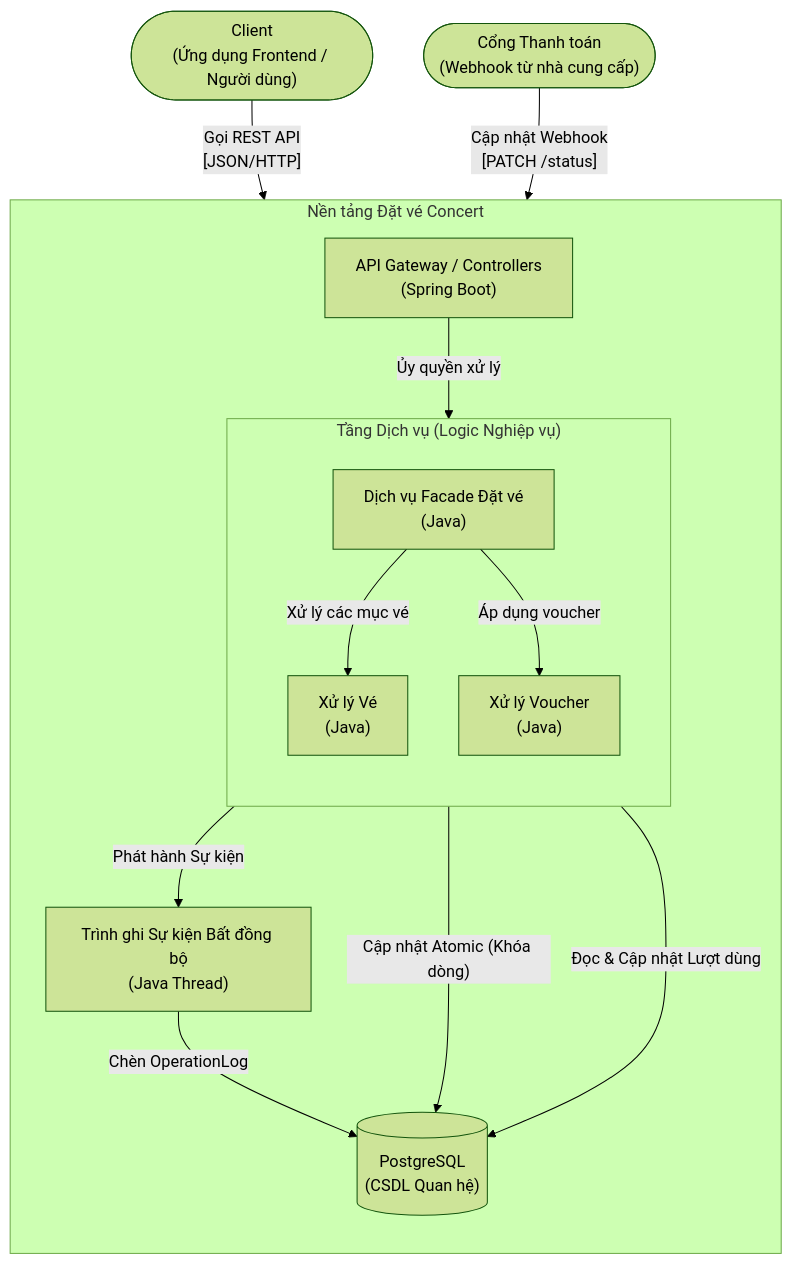
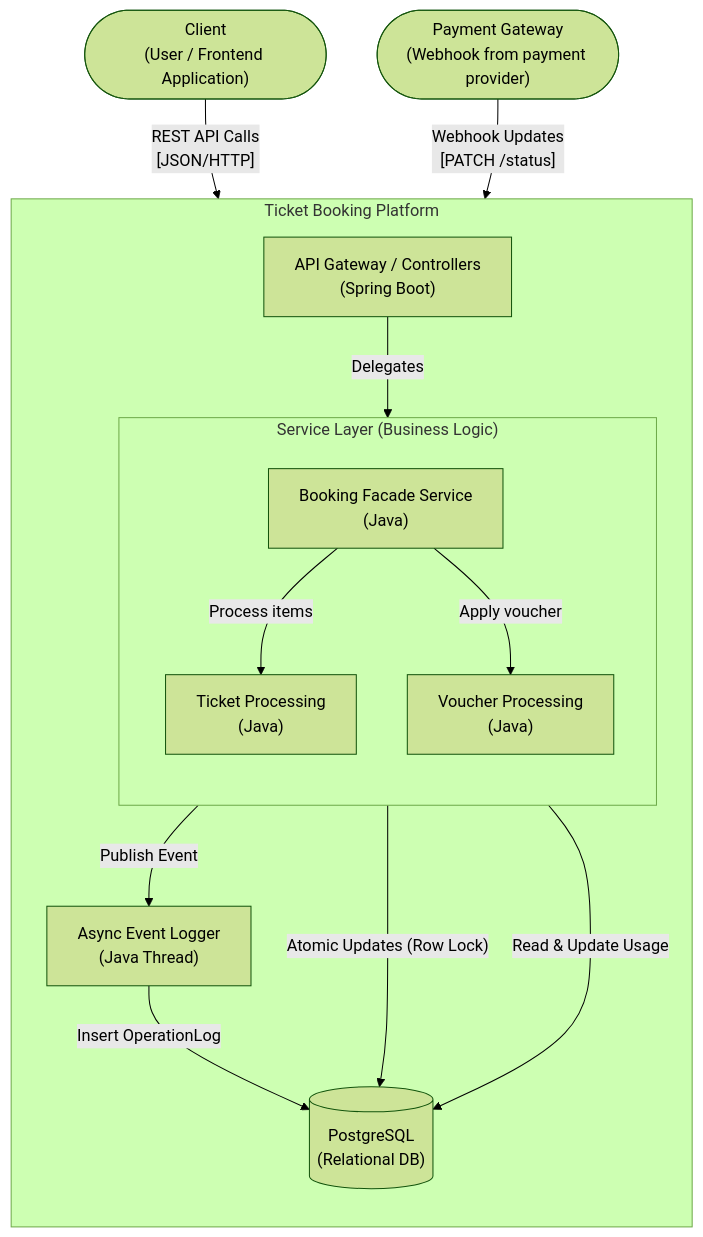
The third of 4 diagrams in README.md (trungksdoa/Tech-Assessment), drawn with Mermaid (forest theme) before and after one commit. The commit also changed other lines of this file, not shown here.

Commit message:
docs: fix mermaid syntax and restore readme content

````diff
--- a/README.md
+++ b/README.md
@@ -179,33 +179,33 @@
 ```mermaid
 flowchart TD
-    client(["Client\n(Ứng dụng Frontend / Người dùng)"])
-    payment(["Cổng Thanh toán\n(Webhook từ nhà cung cấp)"])
+    client(["Client\n(User / Frontend Application)"])
+    payment(["Payment Gateway\n(Webhook from payment provider)"])
     
-    subgraph b1 ["Nền tảng Đặt vé Concert"]
+    subgraph b1 ["Ticket Booking Platform"]
         direction TB
         api["API Gateway / Controllers\n(Spring Boot)"]
         
-        subgraph b2 ["Tầng Dịch vụ (Logic Nghiệp vụ)"]
+        subgraph b2 ["Service Layer (Business Logic)"]
             direction TB
-            booking_svc["Dịch vụ Facade Đặt vé\n(Java)"]
-            ticket_svc["Xử lý Vé\n(Java)"]
-            voucher_svc["Xử lý Voucher\n(Java)"]
+            booking_svc["Booking Facade Service\n(Java)"]
+            ticket_svc["Ticket Processing\n(Java)"]
+            voucher_svc["Voucher Processing\n(Java)"]
         end
         
-        db[("PostgreSQL\n(CSDL Quan hệ)")]
-        async_log["Trình ghi Sự kiện Bất đồng bộ\n(Java Thread)"]
+        db[("PostgreSQL\n(Relational DB)")]
+        async_log["Async Event Logger\n(Java Thread)"]
     end
 
-    client -- "Gọi REST API\n[JSON/HTTP]" --> api
-    payment -- "Cập nhật Webhook\n[PATCH /status]" --> api
+    client -- "REST API Calls\n[JSON/HTTP]" --> api
+    payment -- "Webhook Updates\n[PATCH /status]" --> api
     
-    api -- "Ủy quyền xử lý" --> booking_svc
-    booking_svc -- "Xử lý các mục vé" --> ticket_svc
-    booking_svc -- "Áp dụng voucher" --> voucher_svc
+    api -- "Delegates" --> booking_svc
+    booking_svc -- "Process items" --> ticket_svc
+    booking_svc -- "Apply voucher" --> voucher_svc
     
-    ticket_svc -- "Cập nhật Atomic (Khóa dòng)" --> db
-    voucher_svc -- "Đọc & Cập nhật Lượt dùng" --> db
+    ticket_svc -- "Atomic Updates (Row Lock)" --> db
+    voucher_svc -- "Read & Update Usage" --> db
     
-    booking_svc -- "Phát hành Sự kiện" --> async_log
-    async_log -- "Chèn OperationLog" --> db
+    booking_svc -- "Publish Event" --> async_log
+    async_log -- "Insert OperationLog" --> db
 ```
````
